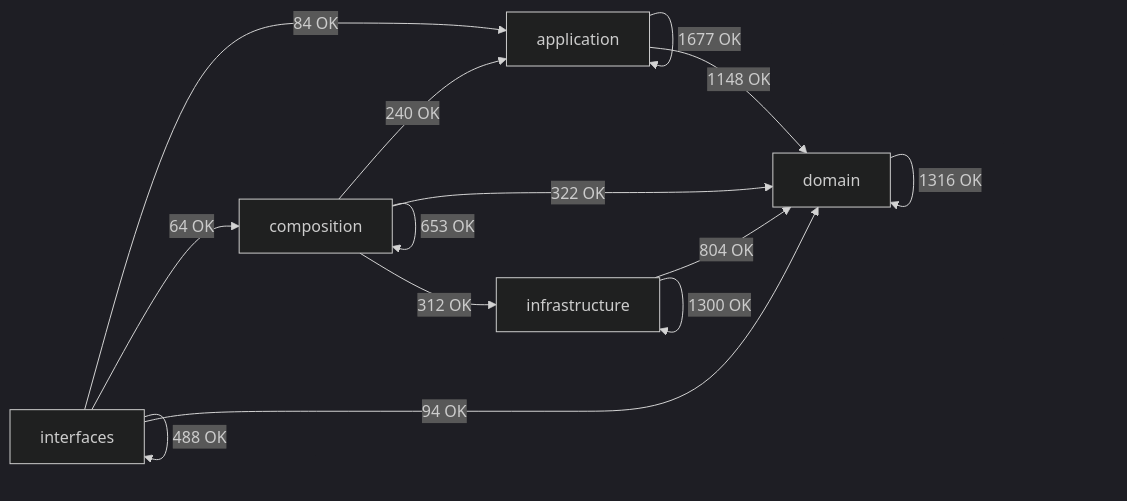
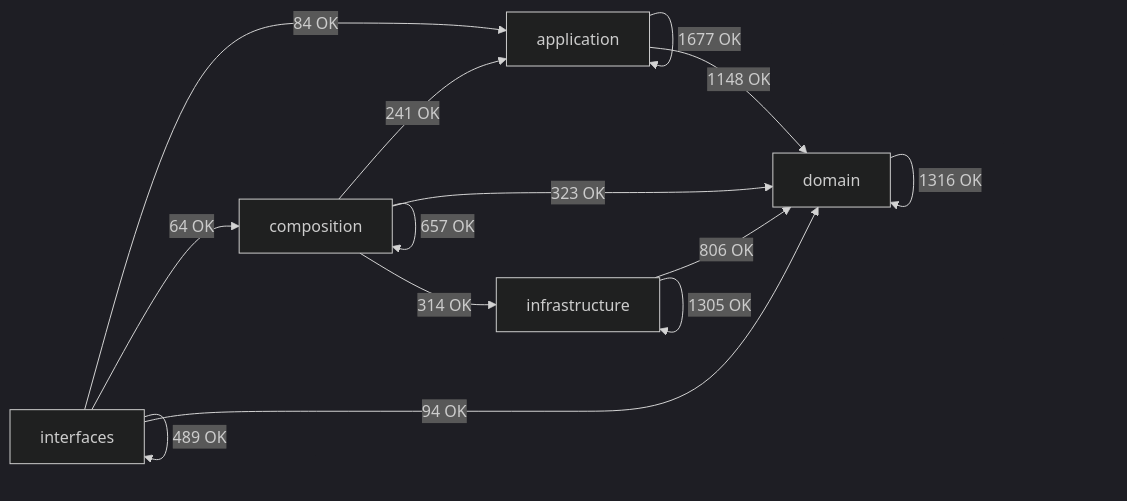
Before and after one commit to SatoryKono/BioactivityDataAcquisition: the diagram in docs/02-architecture/generated/module-dependency-map.md, drawn with Mermaid (dark theme). The commit also changed other lines of this file and 29 other files, not shown here.

````diff
--- a/docs/02-architecture/generated/module-dependency-map.md
+++ b/docs/02-architecture/generated/module-dependency-map.md
@@ -17,21 +17,21 @@
 ```mermaid
 flowchart LR
     domain[domain]
     application[application]
     infrastructure[infrastructure]
     composition[composition]
     interfaces[interfaces]
     application -->|1677 OK| application
     application -->|1148 OK| domain
-    composition -->|240 OK| application
-    composition -->|653 OK| composition
-    composition -->|322 OK| domain
-    composition -->|312 OK| infrastructure
+    composition -->|241 OK| application
+    composition -->|657 OK| composition
+    composition -->|323 OK| domain
+    composition -->|314 OK| infrastructure
     domain -->|1316 OK| domain
-    infrastructure -->|804 OK| domain
-    infrastructure -->|1300 OK| infrastructure
+    infrastructure -->|806 OK| domain
+    infrastructure -->|1305 OK| infrastructure
     interfaces -->|84 OK| application
     interfaces -->|64 OK| composition
     interfaces -->|94 OK| domain
-    interfaces -->|488 OK| interfaces
+    interfaces -->|489 OK| interfaces
 ```
````
